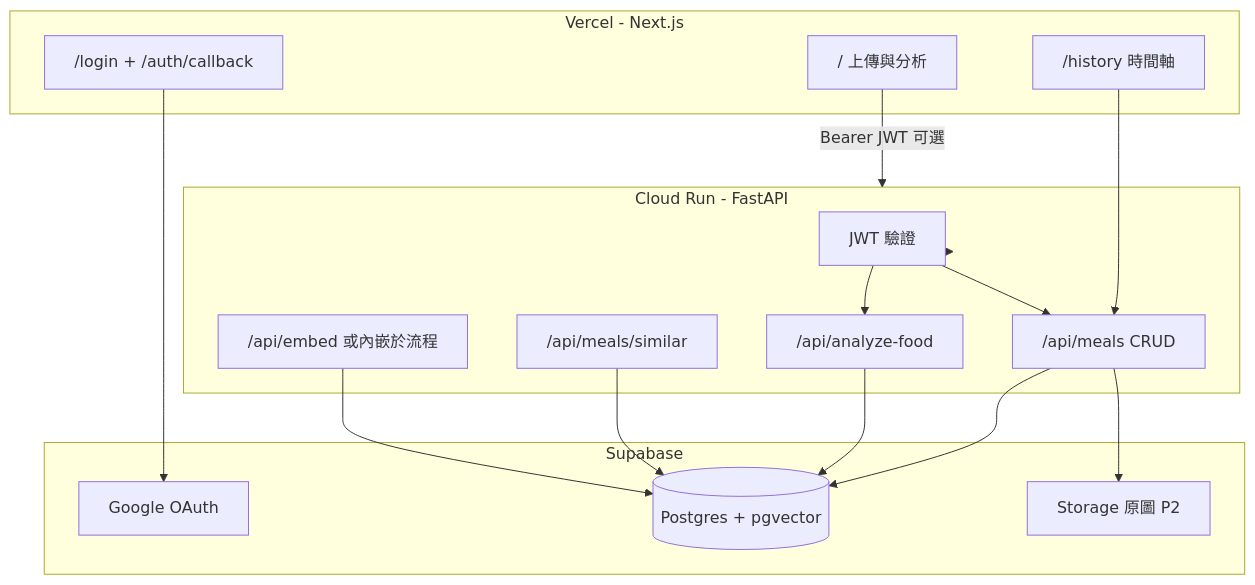
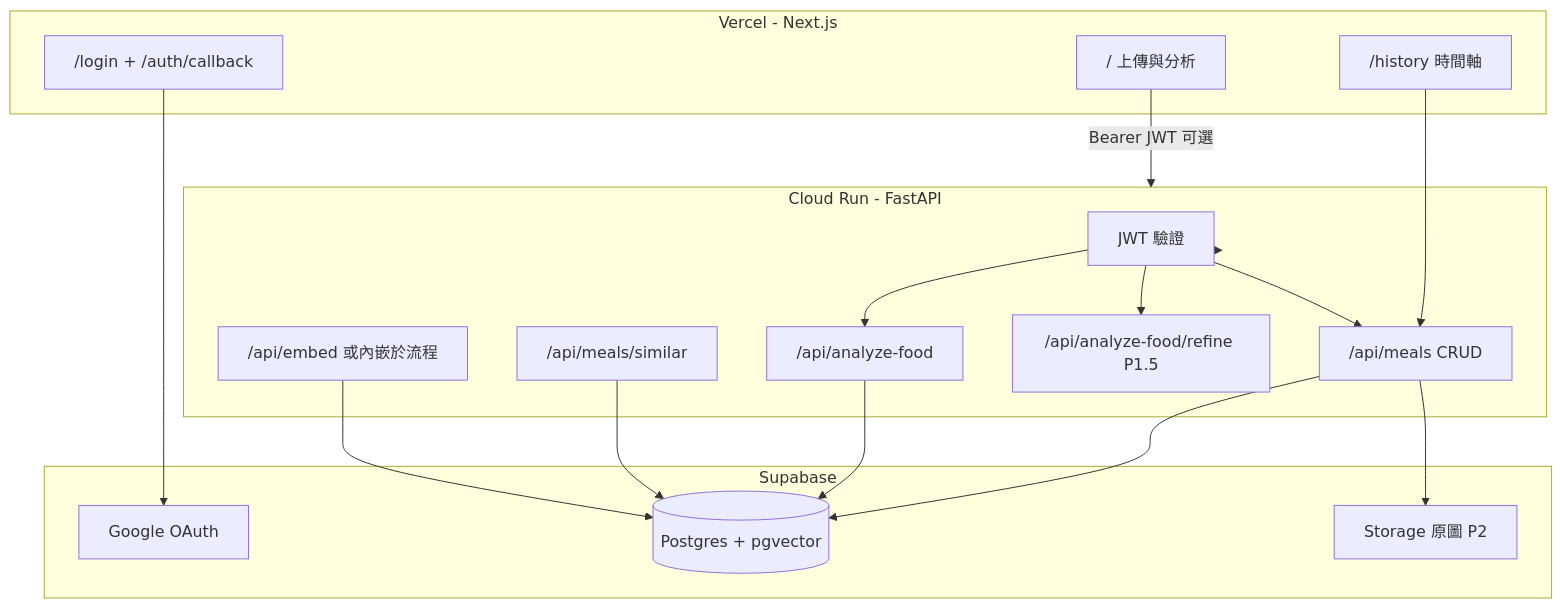
One commit to chengchakkwong/boompala changed the first of 3 diagrams in docs/PLAN-v1.md. Above: the diagram before and after it, drawn with Mermaid. The commit also changed other lines of this file and 3 other files, not shown here.

````diff
--- a/docs/PLAN-v1.md
+++ b/docs/PLAN-v1.md
@@ -90,34 +97,36 @@
 ```mermaid
 flowchart TB
   subgraph vercel [Vercel - Next.js]
     Login["/login + /auth/callback"]
     Home["/ 上傳與分析"]
     History["/history 時間軸"]
   end
 
   subgraph supabase [Supabase]
     Auth[Google OAuth]
     DB[(Postgres + pgvector)]
     Storage[Storage 原圖 P2]
   end
 
   subgraph cloudrun [Cloud Run - FastAPI]
     JWT[JWT 驗證]
     Embed["/api/embed 或內嵌於流程"]
     Similar["/api/meals/similar"]
     Analyze["/api/analyze-food"]
+    Refine["/api/analyze-food/refine P1.5"]
     MealsCRUD["/api/meals CRUD"]
   end
 
   Login --> Auth
   Home -->|Bearer JWT 可選| cloudrun
   History --> MealsCRUD
   cloudrun --> JWT
   JWT --> Analyze
+  JWT --> Refine
   JWT --> MealsCRUD
   Analyze --> DB
   MealsCRUD --> DB
   MealsCRUD --> Storage
   Embed --> DB
   Similar --> DB
 ```
````
